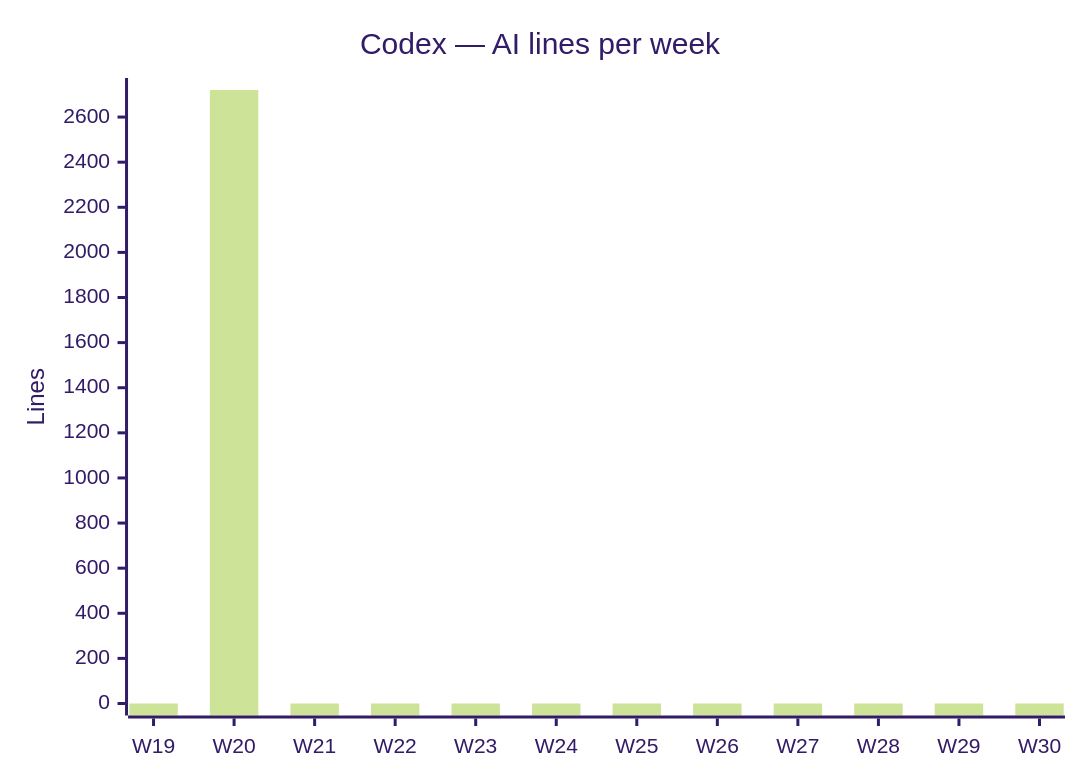
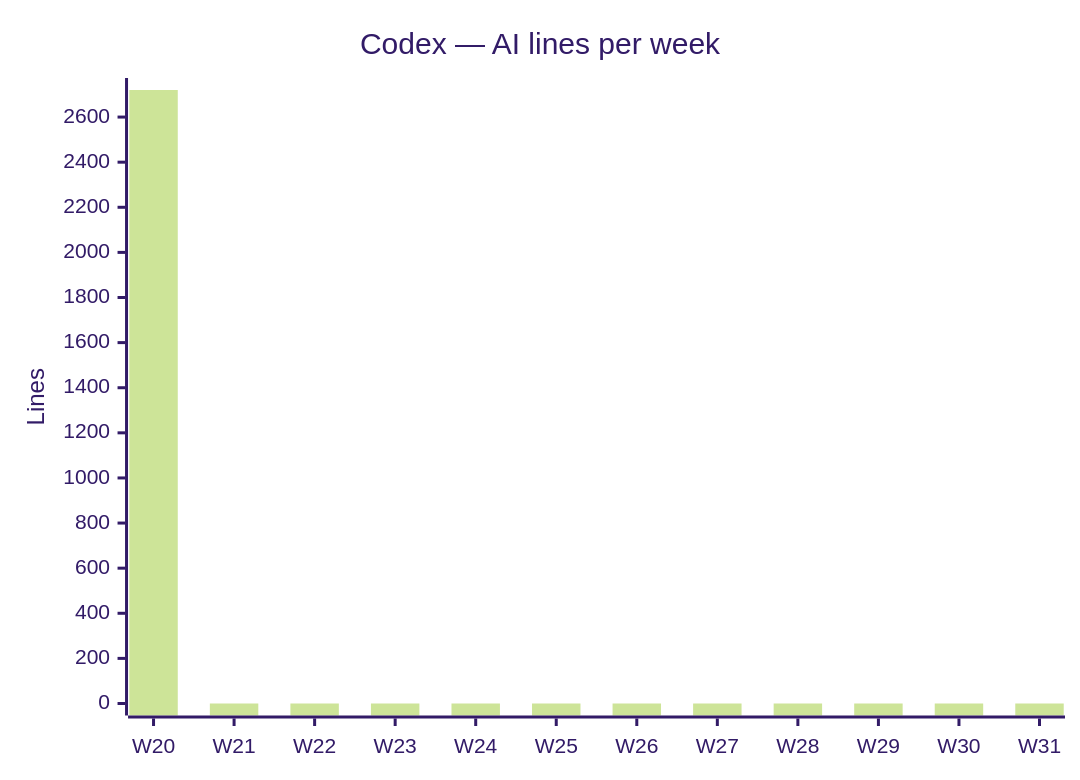
Before and after one commit to fromwaydowntown/ai-use: the third of 4 diagrams in docs/AI_USAGE.md, drawn with Mermaid (forest theme). The commit also changed other lines of this file, not shown here.

````diff
--- a/docs/AI_USAGE.md
+++ b/docs/AI_USAGE.md
@@ -39,7 +39,7 @@
 ```mermaid
 xychart-beta
     title "Codex — AI lines per week"
-    x-axis ["W19", "W20", "W21", "W22", "W23", "W24", "W25", "W26", "W27", "W28", "W29", "W30"]
+    x-axis ["W20", "W21", "W22", "W23", "W24", "W25", "W26", "W27", "W28", "W29", "W30", "W31"]
     y-axis "Lines"
-    bar [0, 2720, 0, 0, 0, 0, 0, 0, 0, 0, 0, 0]
+    bar [2720, 0, 0, 0, 0, 0, 0, 0, 0, 0, 0, 0]
 ```
````
